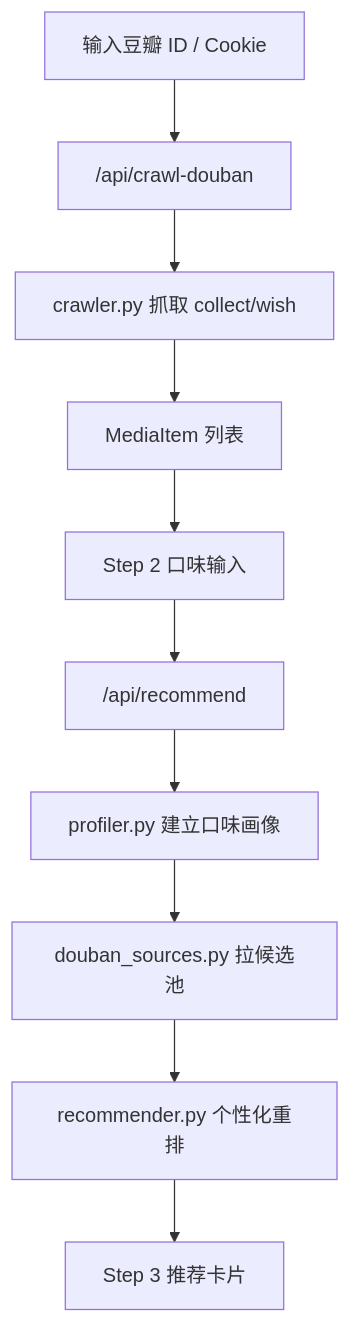
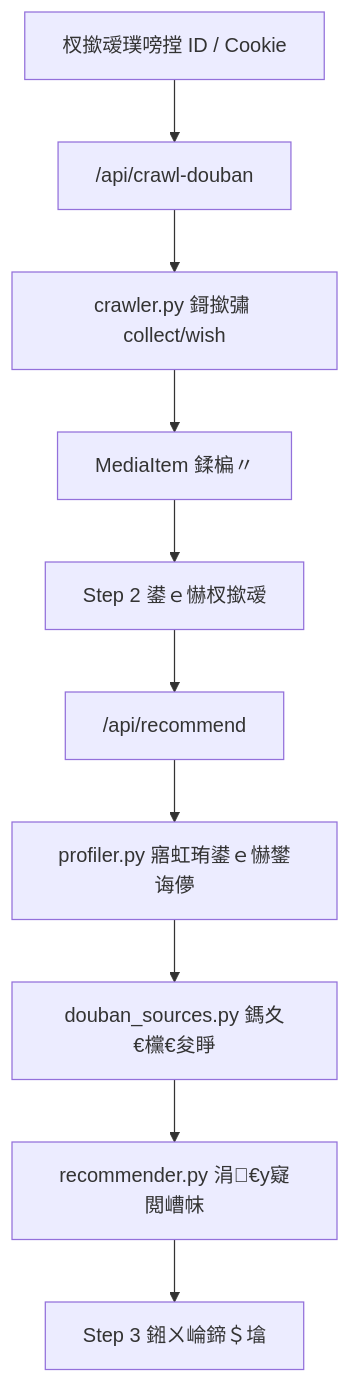
Before and after one commit to combating123/douban-taste-recommender: the diagram in docs/superpowers/specs/2026-07-06-douban-crawler-ui-redesign-design.md, drawn with Mermaid. The commit also changed other lines of this file and 141 other files, not shown here.

````diff
--- a/docs/superpowers/specs/2026-07-06-douban-crawler-ui-redesign-design.md
+++ b/docs/superpowers/specs/2026-07-06-douban-crawler-ui-redesign-design.md
@@ -178,12 +109,12 @@
 ```mermaid
 flowchart TD
-  A["输入豆瓣 ID / Cookie"] --> B["/api/crawl-douban"]
-  B --> C["crawler.py 抓取 collect/wish"]
-  C --> D["MediaItem 列表"]
-  D --> E["Step 2 口味输入"]
+  A["杈撳叆璞嗙摚 ID / Cookie"] --> B["/api/crawl-douban"]
+  B --> C["crawler.py 鎶撳彇 collect/wish"]
+  C --> D["MediaItem 鍒楄〃"]
+  D --> E["Step 2 鍙ｅ懗杈撳叆"]
   E --> F["/api/recommend"]
-  F --> G["profiler.py 建立口味画像"]
-  G --> H["douban_sources.py 拉候选池"]
-  H --> I["recommender.py 个性化重排"]
-  I --> J["Step 3 推荐卡片"]
+  F --> G["profiler.py 寤虹珛鍙ｅ懗鐢诲儚"]
+  G --> H["douban_sources.py 鎷夊€欓€夋睜"]
+  H --> I["recommender.py 涓€у寲閲嶆帓"]
+  I --> J["Step 3 鎺ㄨ崘鍗＄墖"]
 ```
````
